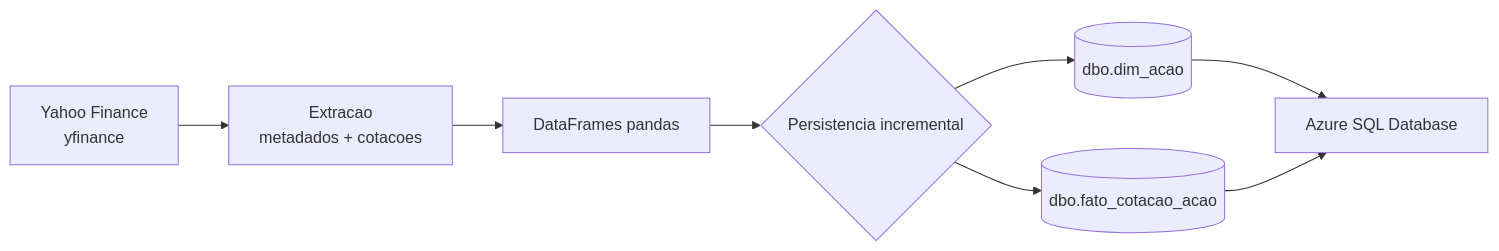
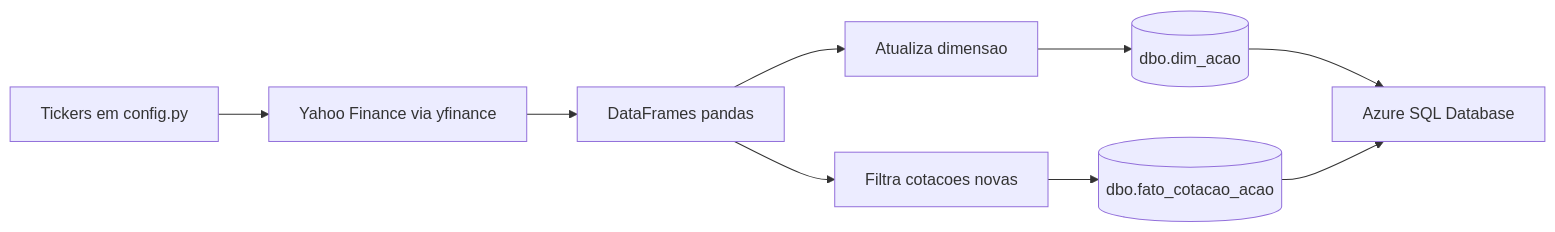
One commit to diegosilvadef/b3-lakehouse-project changed the diagram in README.md. Above: the diagram before and after it, drawn with Mermaid. The commit also changed other lines of this file and 3 other files, not shown here.

````diff
--- a/README.md
+++ b/README.md
@@ -9,10 +7,11 @@
 ```mermaid
 flowchart LR
-    A[Yahoo Finance<br/>yfinance] --> B[Extracao<br/>metadados + cotacoes]
+    A[Tickers em config.py] --> B[Yahoo Finance via yfinance]
     B --> C[DataFrames pandas]
-    C --> D{Persistencia incremental}
-    D --> E[(dbo.dim_acao)]
-    D --> F[(dbo.fato_cotacao_acao)]
-    E --> G[Azure SQL Database]
-    F --> G
+    C --> D[Atualiza dimensao]
+    C --> E[Filtra cotacoes novas]
+    D --> F[(dbo.dim_acao)]
+    E --> G[(dbo.fato_cotacao_acao)]
+    F --> H[Azure SQL Database]
+    G --> H
 ```
````
